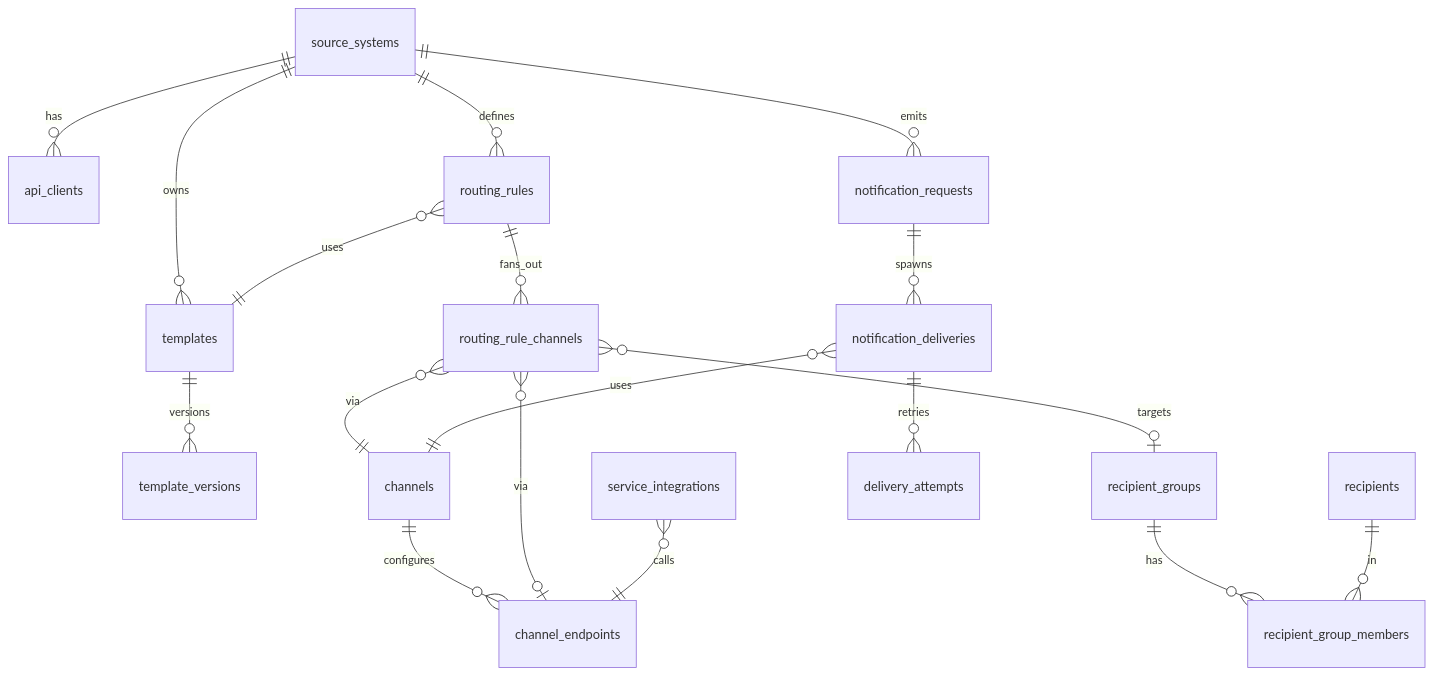
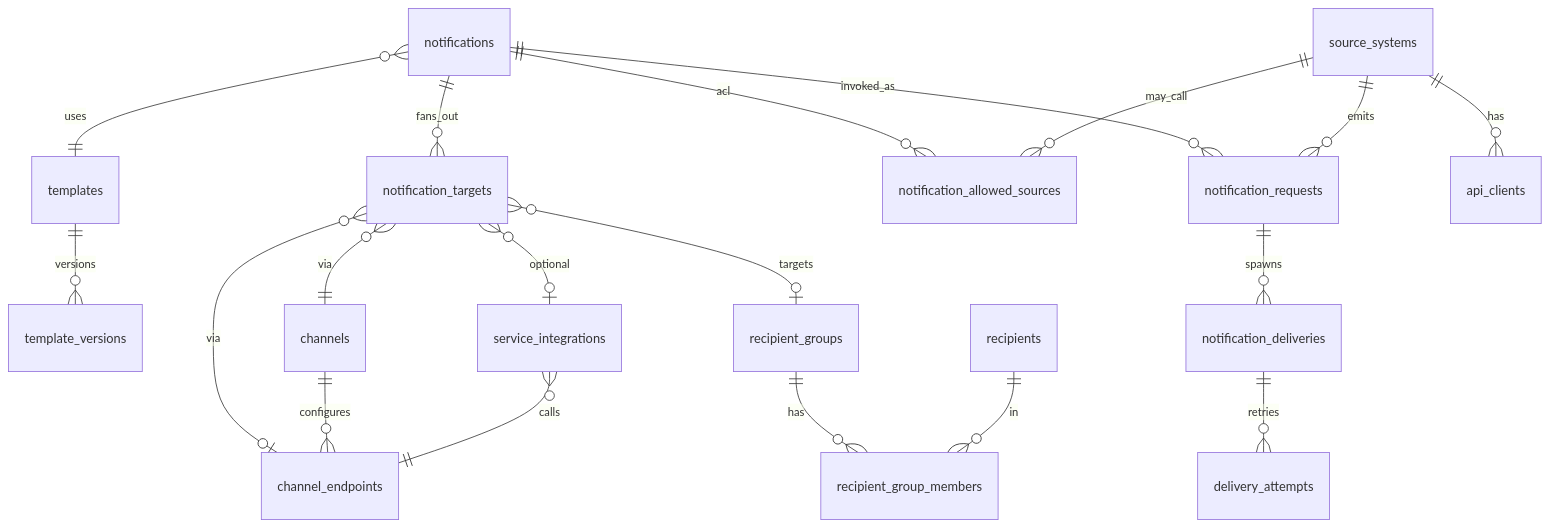
One commit to BevisDev/oops changed the diagram in notification-platform/docs/SCHEMA.md. Above: the diagram before and after it, drawn with Mermaid. The commit also changed other lines of this file and 18 other files, not shown here.

````diff
--- a/notification-platform/docs/SCHEMA.md
+++ b/notification-platform/docs/SCHEMA.md
@@ -3,25 +3,27 @@
 ```mermaid
 erDiagram
-  source_systems ||--o{ api_clients : has
-  source_systems ||--o{ routing_rules : defines
-  source_systems ||--o{ templates : owns
-  source_systems ||--o{ notification_requests : emits
+  notifications ||--o{ notification_targets : fans_out
+  notifications }o--|| templates : uses
+  notifications ||--o{ notification_allowed_sources : acl
+  notifications ||--o{ notification_requests : invoked_as
 
   templates ||--o{ template_versions : versions
-  routing_rules ||--o{ routing_rule_channels : fans_out
-  routing_rules }o--|| templates : uses
 
-  channels ||--o{ channel_endpoints : configures
-  routing_rule_channels }o--|| channels : via
-  routing_rule_channels }o--o| channel_endpoints : via
-  routing_rule_channels }o--o| recipient_groups : targets
+  notification_targets }o--|| channels : via
+  notification_targets }o--o| channel_endpoints : via
+  notification_targets }o--o| recipient_groups : targets
+  notification_targets }o--o| service_integrations : optional
+
+  source_systems ||--o{ api_clients : has
+  source_systems ||--o{ notification_allowed_sources : may_call
+  source_systems ||--o{ notification_requests : emits
 
   recipient_groups ||--o{ recipient_group_members : has
   recipients ||--o{ recipient_group_members : in
 
+  channels ||--o{ channel_endpoints : configures
+  service_integrations }o--|| channel_endpoints : calls
+
   notification_requests ||--o{ notification_deliveries : spawns
   notification_deliveries ||--o{ delivery_attempts : retries
-  notification_deliveries }o--|| channels : uses
-
-  service_integrations }o--|| channel_endpoints : calls
 ```
````
